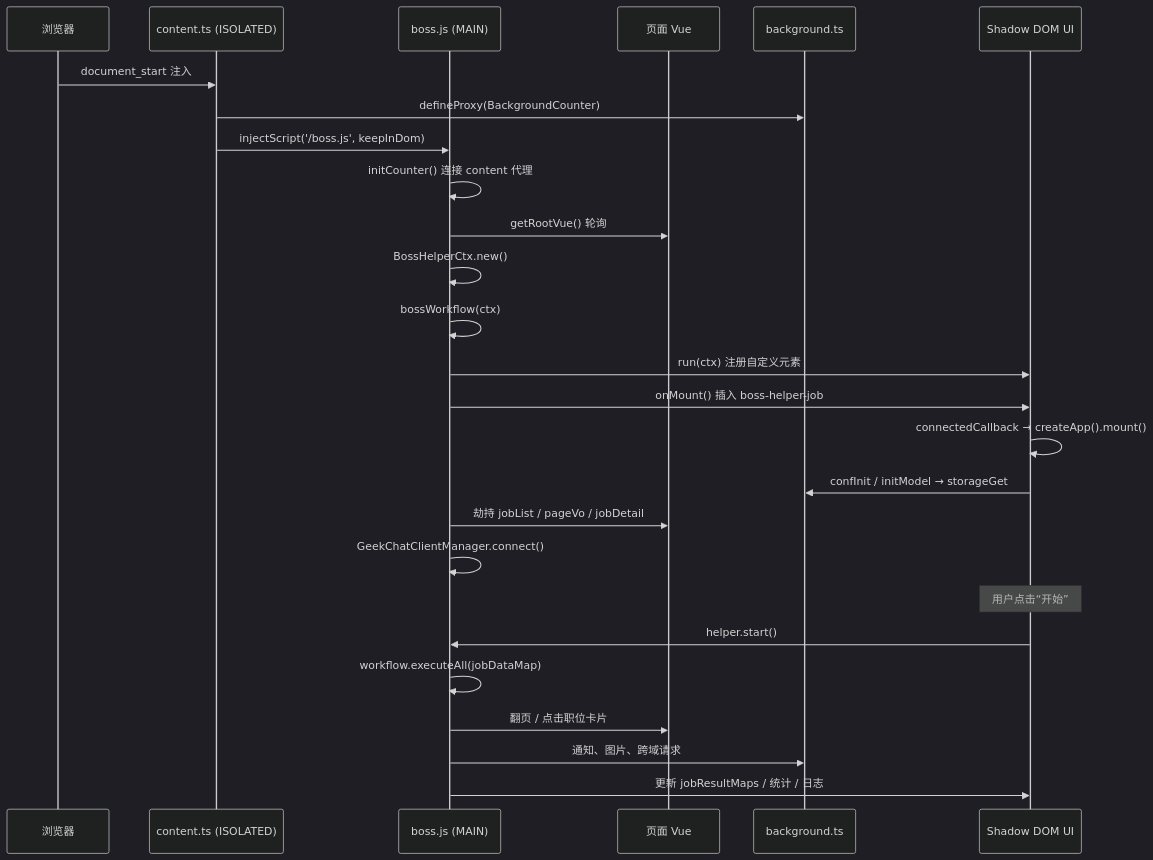
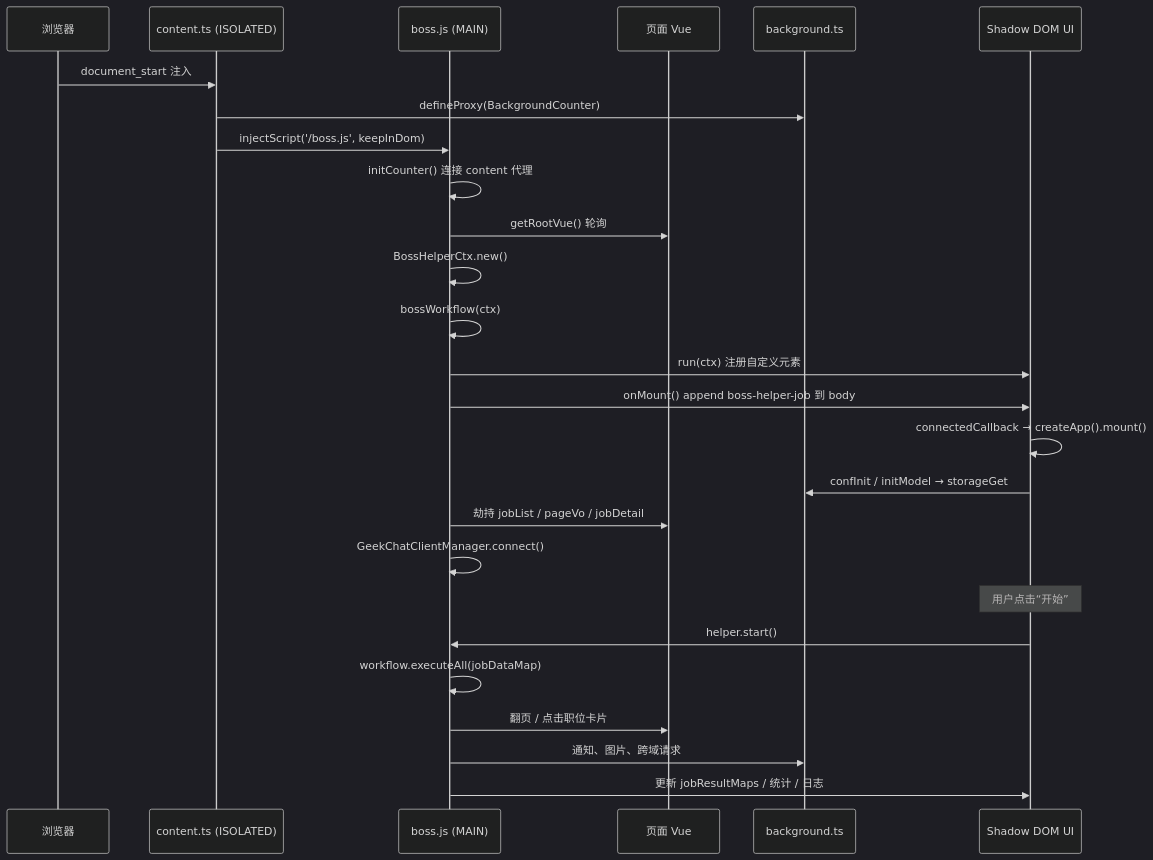
One commit to hollyxun/boss-helper changed the third of 4 diagrams in docs/02-系统架构.md. Above: the diagram before and after it, drawn with Mermaid (dark theme). The commit also changed other lines of this file and 22 other files, not shown here.

````diff
--- a/docs/02-系统架构.md
+++ b/docs/02-系统架构.md
@@ -232,29 +229,29 @@
 ```mermaid
 sequenceDiagram
   participant B as 浏览器
   participant CS as content.ts (ISOLATED)
   participant M as boss.js (MAIN)
   participant P as 页面 Vue
   participant BG as background.ts
   participant UI as Shadow DOM UI
 
   B->>CS: document_start 注入
   CS->>BG: defineProxy(BackgroundCounter)
   CS->>M: injectScript('/boss.js', keepInDom)
   M->>M: initCounter() 连接 content 代理
   M->>P: getRootVue() 轮询 #wrap.__vue__
   M->>M: BossHelperCtx.new()
   M->>M: bossWorkflow(ctx)
   M->>UI: run(ctx) 注册自定义元素
-  M->>UI: onMount() 插入 boss-helper-job
+  M->>UI: onMount() append boss-helper-job 到 body
   UI->>UI: connectedCallback → createApp().mount()
   UI->>BG: confInit / initModel → storageGet
   M->>P: 劫持 jobList / pageVo / jobDetail
   M->>M: GeekChatClientManager.connect()
   Note over UI: 用户点击“开始”
   UI->>M: helper.start()
   M->>M: workflow.executeAll(jobDataMap)
   M->>P: 翻页 / 点击职位卡片
   M->>BG: 通知、图片、跨域请求
   M->>UI: 更新 jobResultMaps / 统计 / 日志
 ```
````
